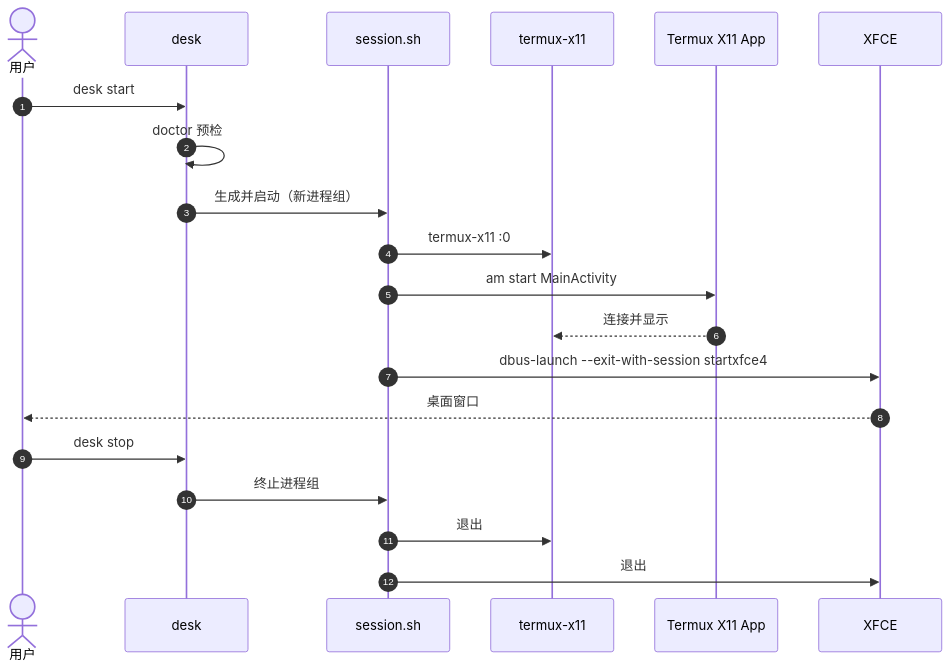
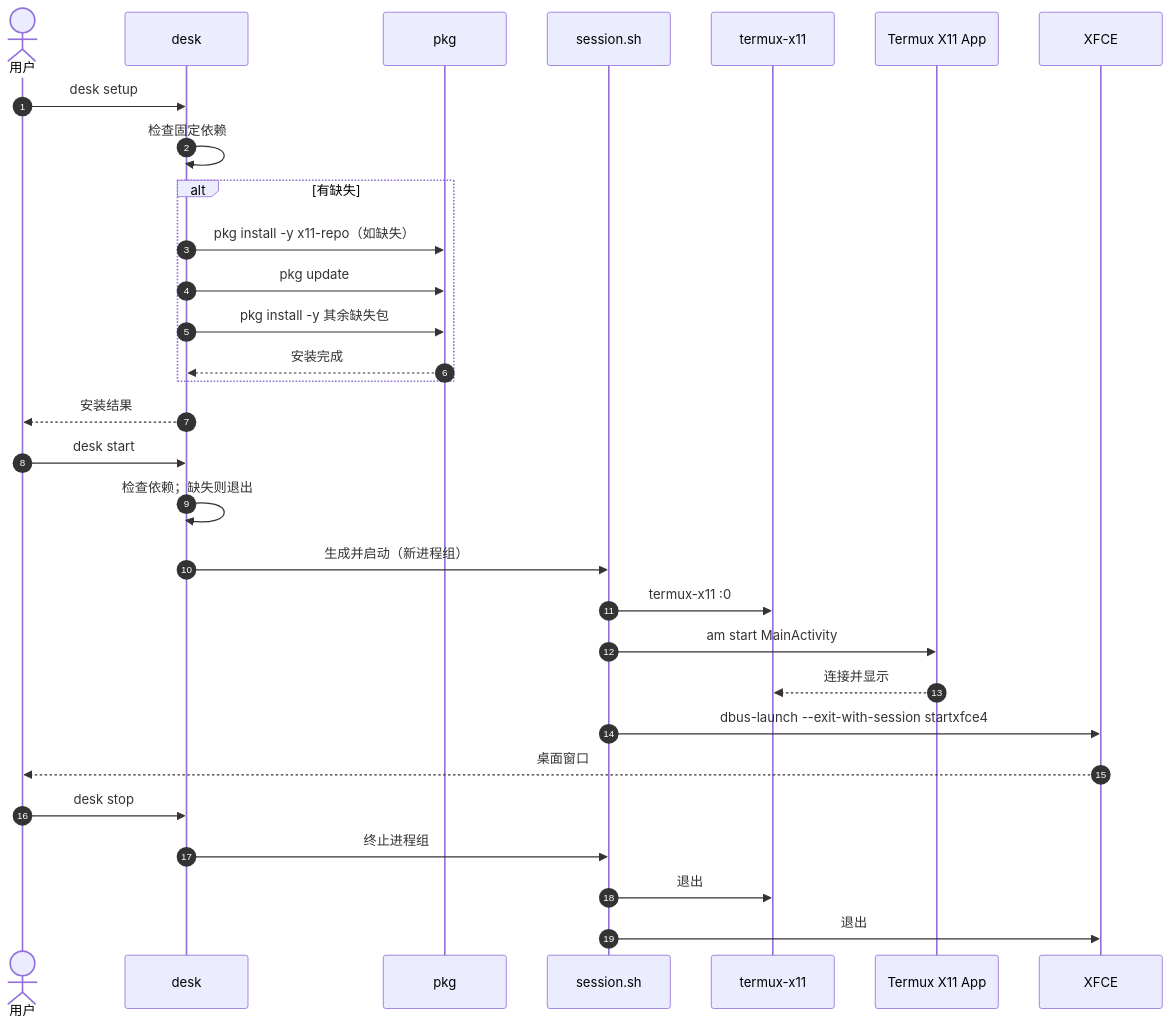
The second of 4 diagrams in docs/architecture.md (jerrychan7/termux-desktop), drawn with Mermaid before and after one commit. The commit also changed other lines of this file and 4 other files, not shown here.

````diff
--- a/docs/architecture.md
+++ b/docs/architecture.md
@@ -61,23 +66,35 @@
 ```mermaid
 sequenceDiagram
   autonumber
   actor U as 用户
   participant D as desk
+  participant P as pkg
   participant S as session.sh
   participant X as termux-x11
   participant A as Termux X11 App
   participant E as XFCE
 
+  U->>D: desk setup
+  D->>D: 检查固定依赖
+  alt 有缺失
+    D->>P: pkg install -y x11-repo（如缺失）
+    D->>P: pkg update
+    D->>P: pkg install -y 其余缺失包
+    P-->>D: 安装完成
+  end
+  D-->>U: 安装结果
+
   U->>D: desk start
-  D->>D: doctor 预检
+  D->>D: 检查依赖；缺失则退出
   D->>S: 生成并启动（新进程组）
   S->>X: termux-x11 :0
   S->>A: am start MainActivity
   A-->>X: 连接并显示
   S->>E: dbus-launch --exit-with-session startxfce4
   E-->>U: 桌面窗口
+
   U->>D: desk stop
   D->>S: 终止进程组
   S->>X: 退出
   S->>E: 退出
 ```
````
